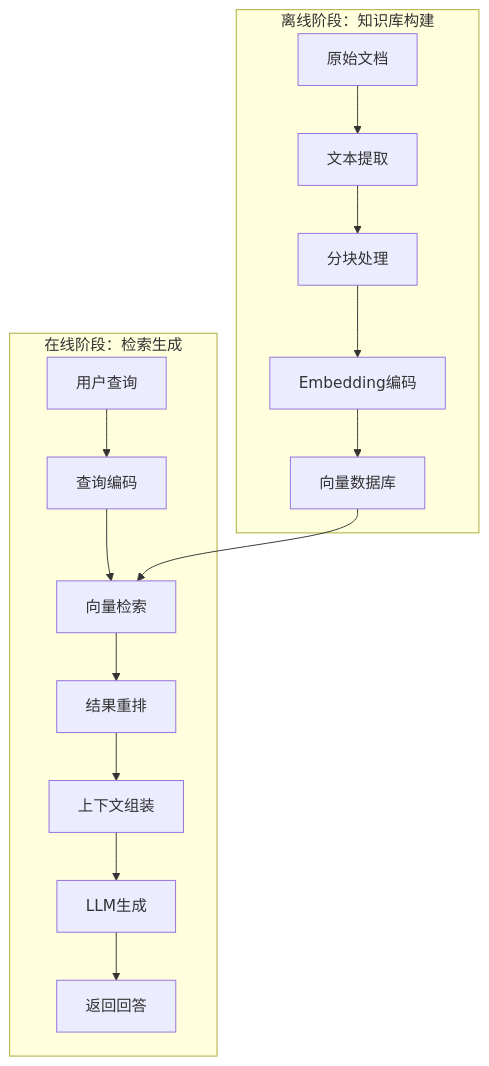
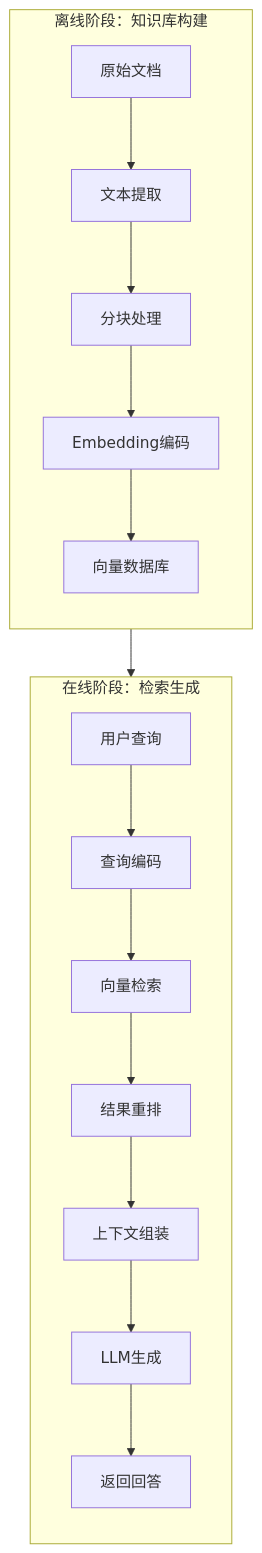
One commit to Zheng-Enci/Knoweledges changed diagram 11 of 15 in RAG/02-RAG核心概念与架构.md. Above: the diagram before and after it, drawn with Mermaid. The commit also changed 2 other files, not shown here.

````diff
--- a/RAG/02-RAG核心概念与架构.md
+++ b/RAG/02-RAG核心概念与架构.md
@@ -362,19 +362,21 @@
 ```mermaid
 flowchart TD
-    subgraph 离线阶段[离线阶段：知识库构建]
+    subgraph Offline["离线阶段：知识库构建"]
+        direction TB
         A[原始文档] --> B[文本提取]
         B --> C[分块处理]
         C --> D[Embedding编码]
         D --> E[向量数据库]
     end
 
-    subgraph 在线阶段[在线阶段：检索生成]
+    subgraph Online["在线阶段：检索生成"]
+        direction TB
         F[用户查询] --> G[查询编码]
         G --> H[向量检索]
         E --> H
         H --> I[结果重排]
         I --> J[上下文组装]
         J --> K[LLM生成]
         K --> L[返回回答]
     end
 ```
````
